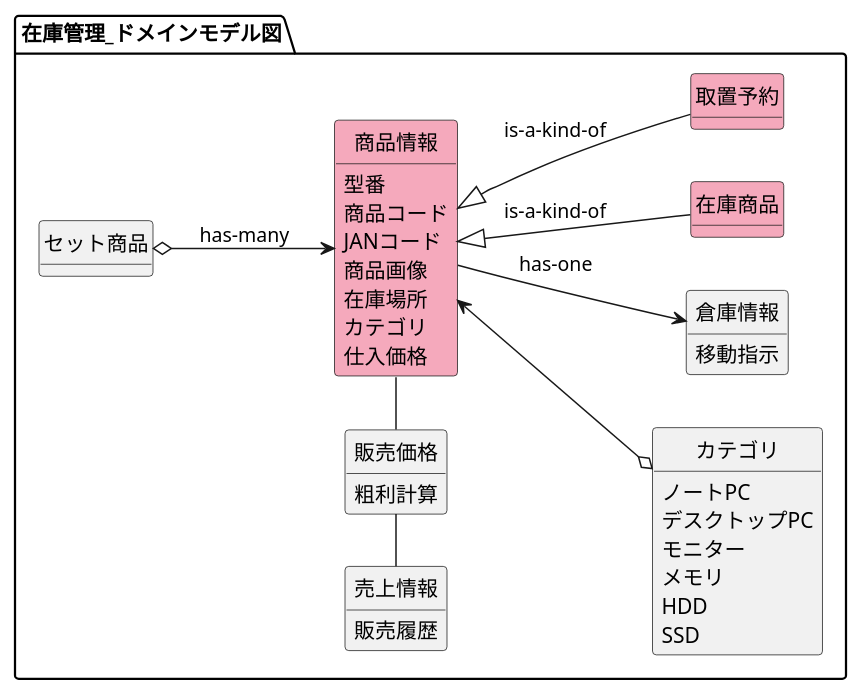
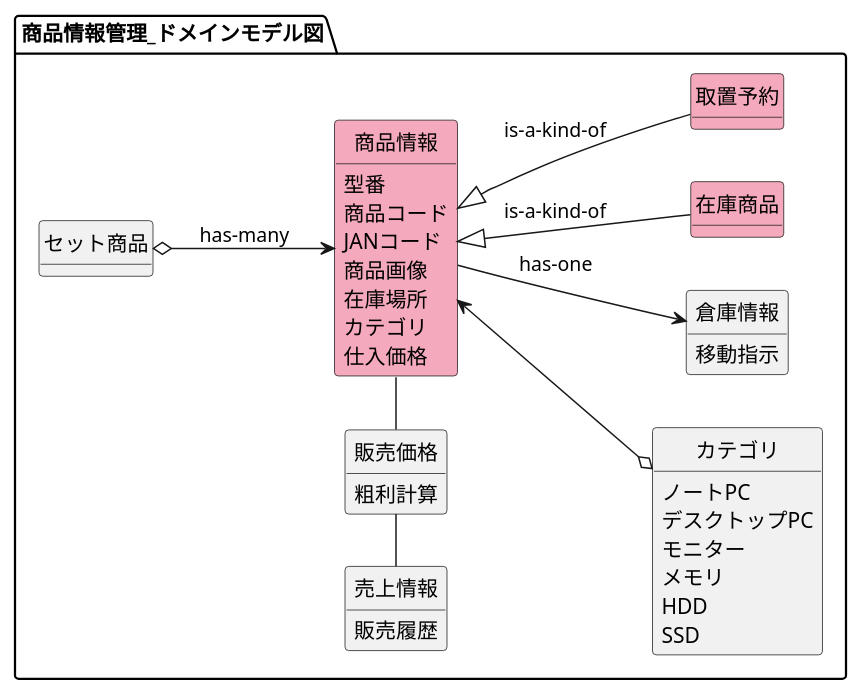
The diagram in 各種設計書/1ドメインモデル図/ドメインモデル図_在庫.wsd (HaruShim/Sotuken), drawn with PlantUML before and after one commit. The commit also changed 3 other files, not shown here.

```diff
--- a/各種設計書/1ドメインモデル図/ドメインモデル図_在庫.wsd
+++ b/各種設計書/1ドメインモデル図/ドメインモデル図_在庫.wsd
@@ -1,88 +1,88 @@
 @startuml ドメインモデル図_商品情報管理
 
 left to right direction
 
 hide circle
 hide method
 
 
 
 ' 正規社員 -[hidden]- 非正規社員
 
 
 ' package マスタ管理_ドメインモデル図 {
 '   class ベンチマークマスタ
 '   class 商品情報
 '   class 売上情報
 '   class 販売履歴
 '   class 従業員情報
 '   class 店舗情報
 '   class 権限
 
 '   ' 正規社員 - ベンチマークマスタ
 ' }
 
-package 在庫管理_ドメインモデル図 {
+package 商品情報管理_ドメインモデル図 {
 
   class 商品情報 #F5A9BC
   class カテゴリ
   class 倉庫情報
   class 在庫商品 #F5A9BC
   class セット商品
   class 取置予約 #F5A9BC
   ' class 粗利計算
   class 販売価格
   class 売上情報
   ' class 販売履歴
   ' mix_actor 従業員
 
 
   商品情報 : 型番
   商品情報 : 商品コード
   商品情報 : JANコード
   商品情報 : 商品画像
   商品情報 : 在庫場所
   商品情報 : カテゴリ
   商品情報 : 仕入価格
   カテゴリ : ノートPC
   カテゴリ : デスクトップPC
   カテゴリ : モニター
   カテゴリ : メモリ
   カテゴリ : HDD
   カテゴリ : SSD
   売上情報 : 販売履歴
   販売価格 : 粗利計算
   倉庫情報 : 移動指示
 '   ' 商品 : 価格
 
   ' 従業員 -> ログイン : has-one
 
   ' ユーザ --> カート
   ' カート o--> 商品 : has-many
   ' 商品 <--o カテゴリ
   ' ユーザ o--> 注文
   ' 注文 o--> 商品
   ' ユーザ --> ウィッシュリスト
   ' ウィッシュリスト o--> 商品
   ' ユーザ o--> レビュー
   ' レビュー <--o 商品
   セット商品 o--> 商品情報 : has-many
   商品情報 --> 倉庫情報 : has-one
   商品情報 <|-- 取置予約 : is-a-kind-of
   商品情報 <|-- 在庫商品 : is-a-kind-of
   商品情報 <--o カテゴリ
   販売価格 -left- 売上情報
   ' 販売価格 -up- 粗利計算
   商品情報 -left- 販売価格
   ' 販売価格 -[hidden]up- 売上情報
   
 
 }
 
 ' package 従業員内容 {
 '   mix_actor 正規社員
 '   mix_actor 非正規社員
 ' }
 ' 在庫管理_ドメインモデル図 -[hidden]down- 従業員内容
 
 @enduml
```
